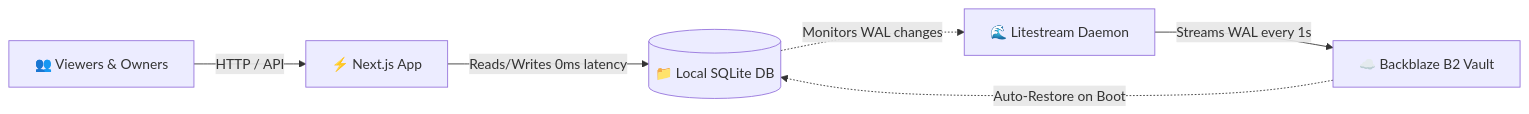
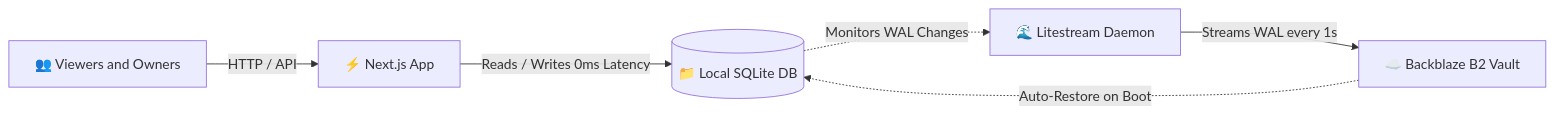
Before and after one commit to SudhirDevOps1/BlindShare: the first of 2 diagrams in README.md, drawn with Mermaid. The commit also changed other lines of this file, not shown here.

Commit message:
fix(readme): resolve mermaid chart rendering syntax for github rich display

````diff
--- a/README.md
+++ b/README.md
@@ -541,8 +541,8 @@
 ```mermaid
-graph LR
-    User[👥 Viewers & Owners] -->|HTTP / API| App[⚡ Next.js App]
-    App -->|Reads/Writes 0ms latency| SQLite[(📁 Local SQLite DB)]
-    Litestream[🌊 Litestream Daemon] -->|Streams WAL every 1s| B2[☁️ Backblaze B2 Vault]
-    SQLite -.->|Monitors WAL changes| Litestream
-    B2 -.->|Auto-Restore on Boot| SQLite
+flowchart LR
+    User["👥 Viewers and Owners"] -->|"HTTP / API"| App["⚡ Next.js App"]
+    App -->|"Reads / Writes 0ms Latency"| SQLite[("📁 Local SQLite DB")]
+    Litestream["🌊 Litestream Daemon"] -->|"Streams WAL every 1s"| B2["☁️ Backblaze B2 Vault"]
+    SQLite -.->|"Monitors WAL Changes"| Litestream
+    B2 -.->|"Auto-Restore on Boot"| SQLite
 ```
````
